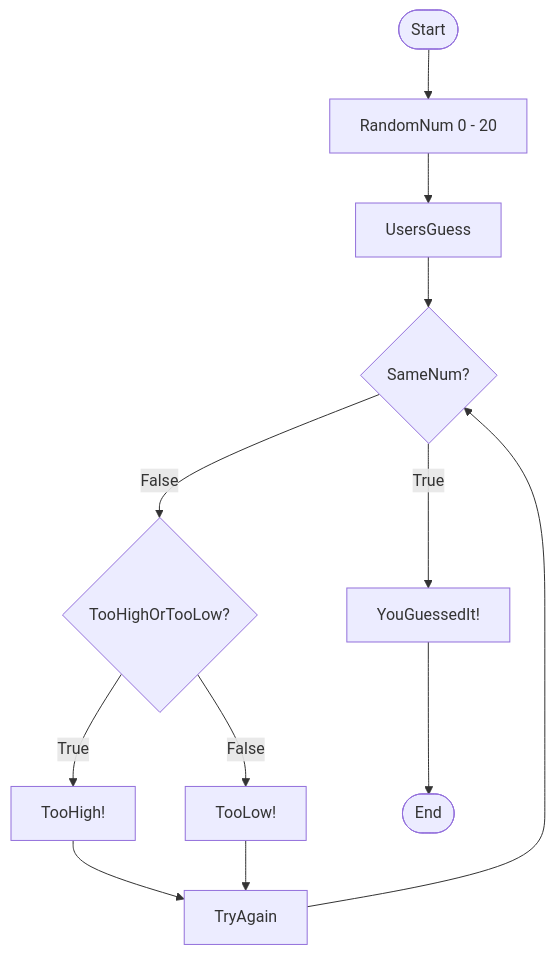
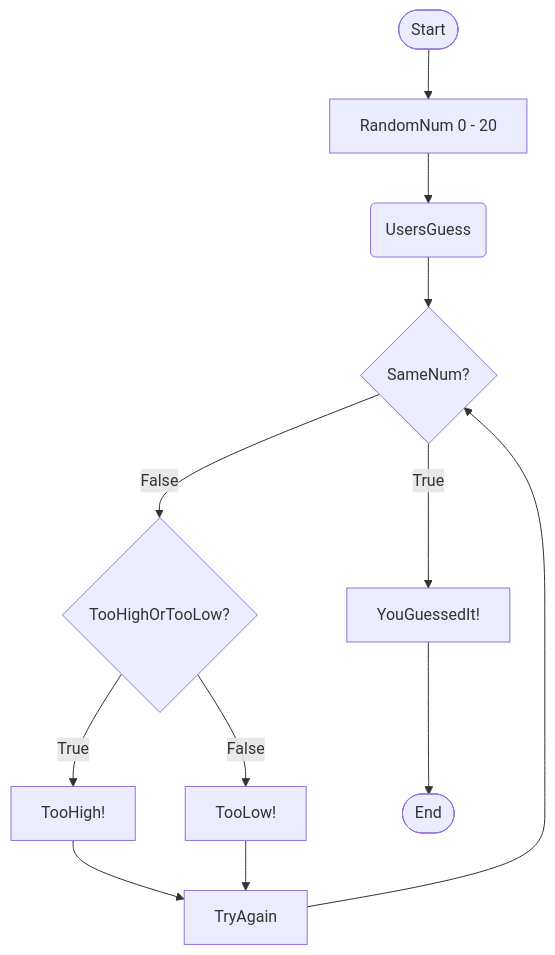
One commit to Fate127/Fate127.github.io changed the diagram in README.md. Above: the diagram before and after it, drawn with Mermaid.

````diff
--- a/README.md
+++ b/README.md
@@ -22,14 +22,14 @@
 ```mermaid
 flowchart TD
 Start([Start]) --> RandomNum[RandomNum 0 - 20]
-RandomNum --> UsersGuess[UsersGuess]
+RandomNum --> UsersGuess(UsersGuess)
 UsersGuess --> SameNum?{SameNum?}
 SameNum? -- True --> YouGuessedIt![YouGuessedIt!]
 SameNum? -- False --> TooHighOrTooLow?{TooHighOrTooLow?}
 TooHighOrTooLow? -- True --> TooHigh![TooHigh!]
 TooHighOrTooLow? -- False --> TooLow![TooLow!]
 TooHigh! --> TryAgain[TryAgain]
 TooLow! --> TryAgain[TryAgain]
 TryAgain --> SameNum?
 YouGuessedIt! --> End([End])
 ```
````
